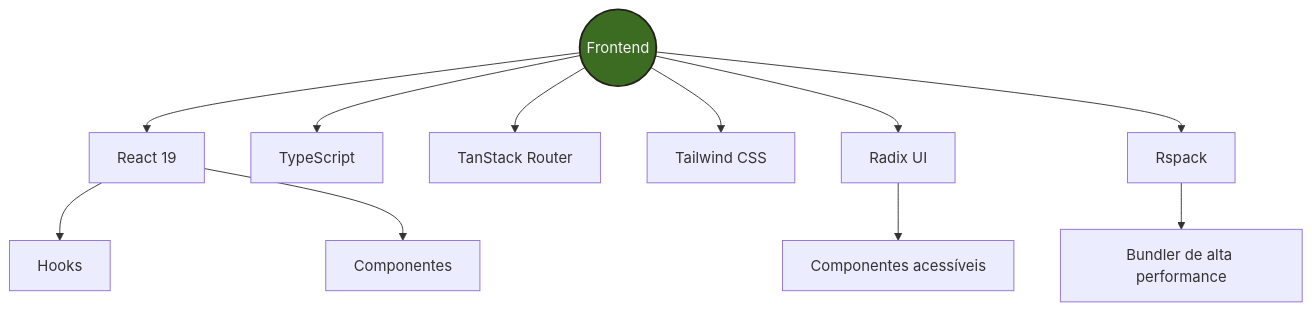
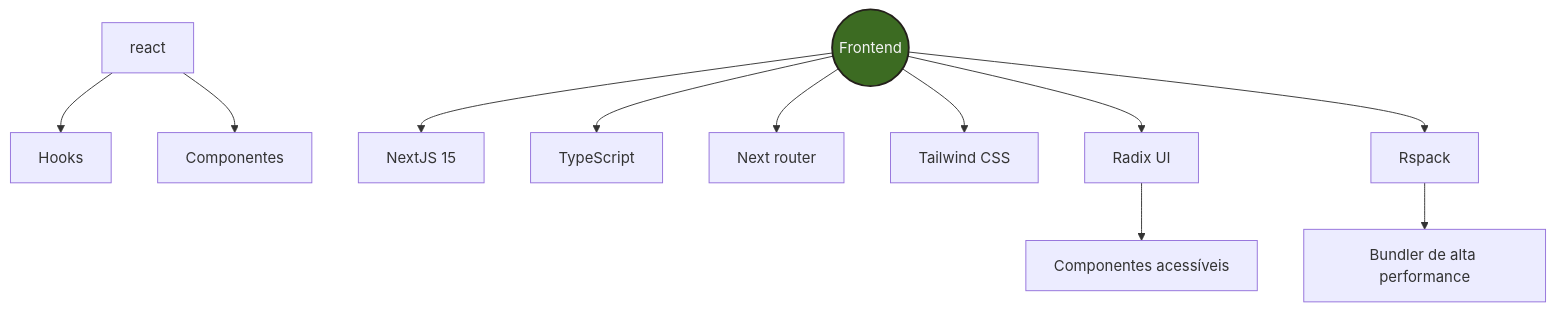
Before and after one commit to Ia-no-Lab/web-app: the first of 6 diagrams in docs/src/frontend.md, drawn with Mermaid. The commit also changed 64 other files, not shown here.

````diff
--- a/docs/src/frontend.md
+++ b/docs/src/frontend.md
@@ -7,20 +7,20 @@
 ```mermaid
     graph TD
       root((Frontend))
-      root --> react[React 19]
+      root --> next[NextJS 15]
       react --> hooks[Hooks]
       react --> comp[Componentes]
 
       root --> ts[TypeScript]
-      root --> router[TanStack Router]
+      root --> router[Next router]
       root --> tailwind[Tailwind CSS]
 
       root --> radix[Radix UI]
       radix --> acessiveis[Componentes acessíveis]
 
       root --> rspack[Rspack]
       rspack --> bundler[Bundler de alta performance]
 
       %% Estilo customizado para o nó principal
       style root fill:#3c6b22,stroke:#24201b,stroke-width:2px,color:#f4f4f4
 ```
````
